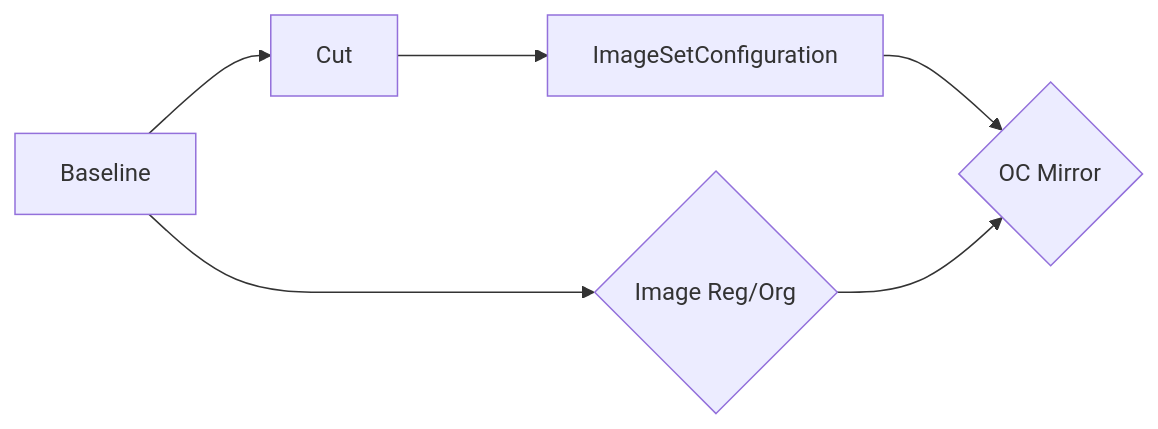
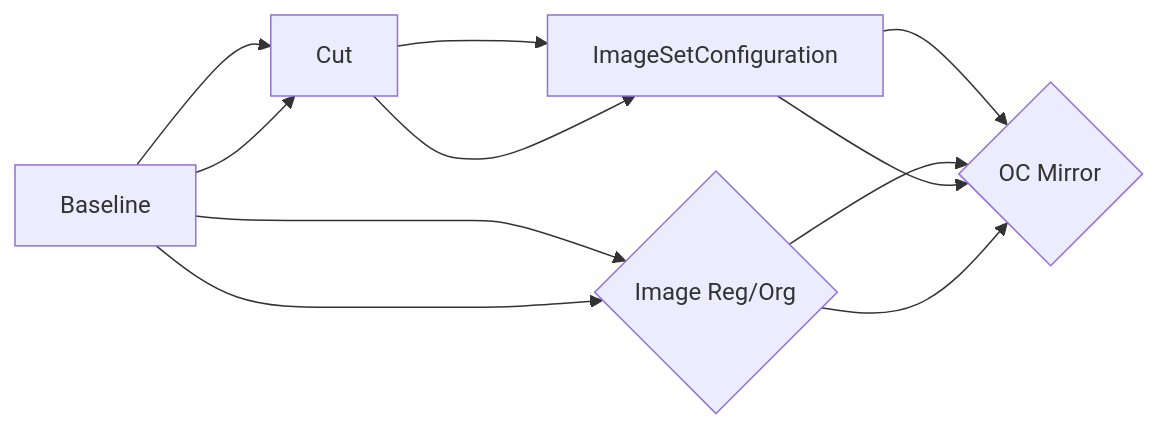
The diagram in README.md (damobrisbane/operator_baseline), drawn with Mermaid before and after one commit.

Commit message:
[M]RDM.md,

````diff
--- a/README.md
+++ b/README.md
@@ -6,6 +6,9 @@
 ```mermaid
 graph LR
     Baseline --> Cut ---> ImageSetConfiguration --> OCMirror{"OC Mirror"}
     Baseline --> ImageReg{"Image Reg/Org"}
     ImageReg{"Image Reg/Org"} --> OCMirror
+    Baseline --> Cut ---> ImageSetConfiguration --> OCMirror{"OC Mirror"}
+    Baseline --> ImageReg{"Image Reg/Org"}
+    ImageReg{"Image Reg/Org"} --> OCMirror
 ```
````
